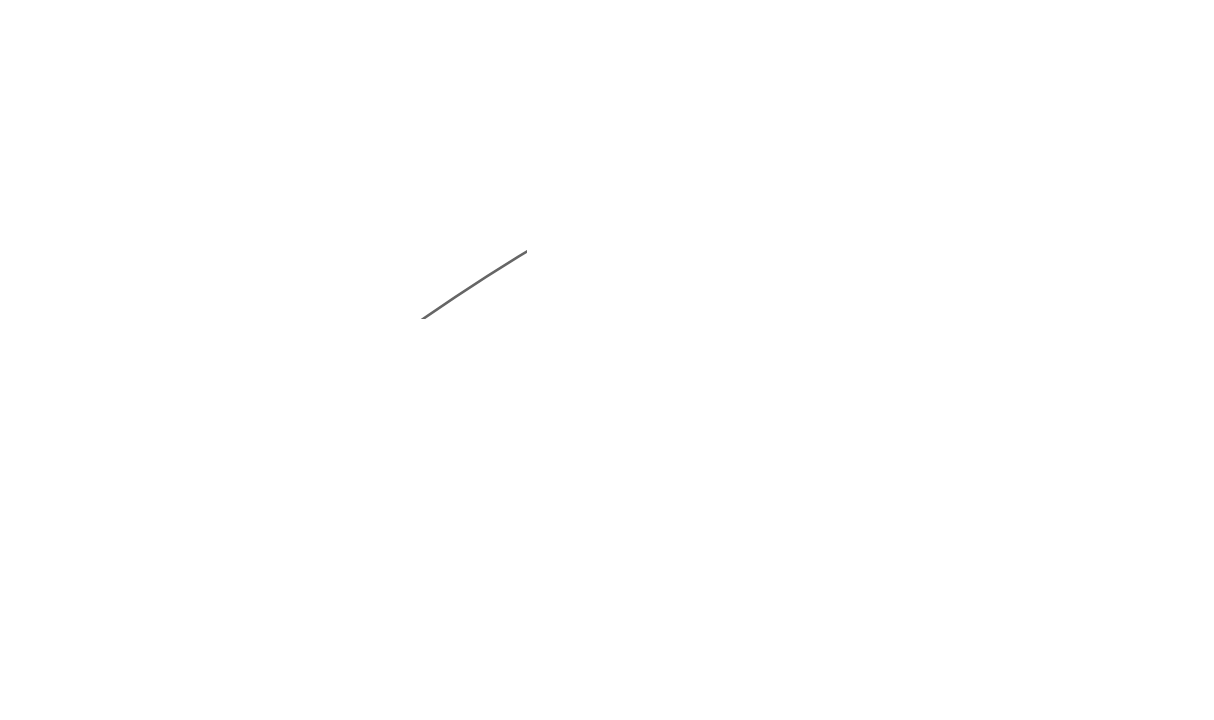
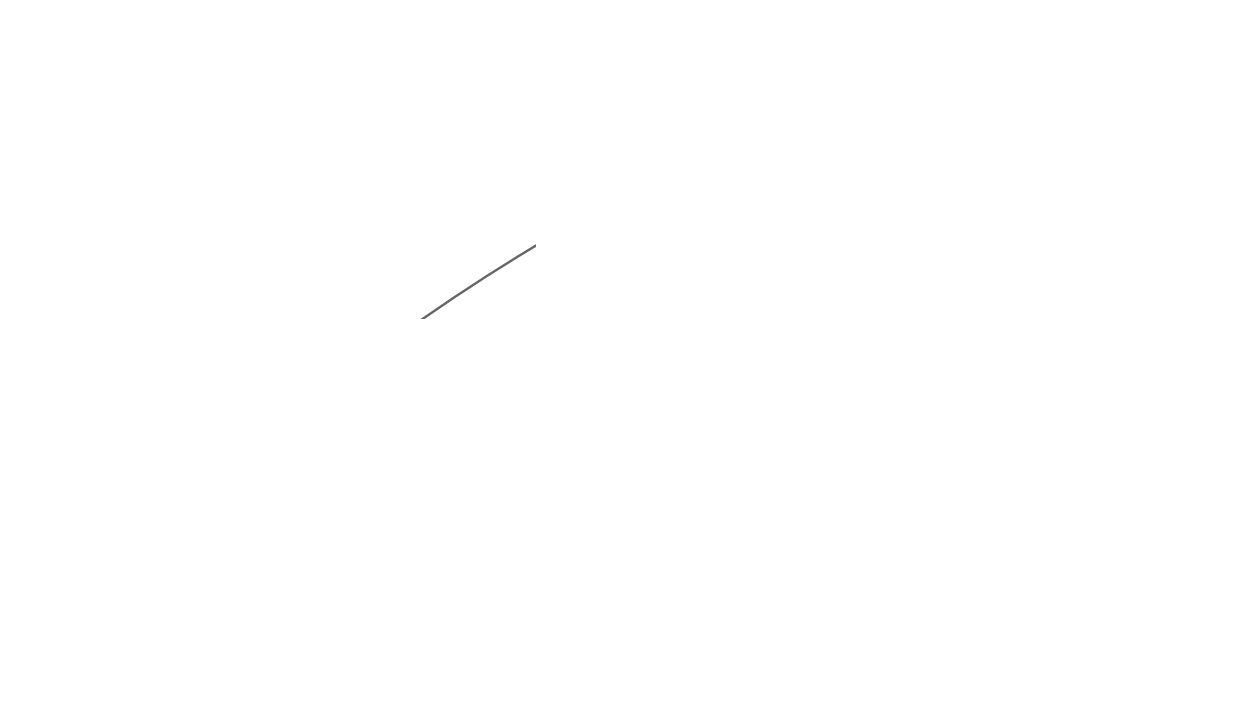
Before and after one commit to inponomarev/dsl-antora-talk: the first of 4 diagrams in src/main/asciidoc/lecture.adoc, drawn with Graphviz. The commit also changed other lines of this file and 3 other files, not shown here.

```diff
--- a/src/main/asciidoc/lecture.adoc
+++ b/src/main/asciidoc/lecture.adoc
@@ -106,27 +106,27 @@
 [graphviz, "dsl.png"]
 -----
 
 digraph UpsideDownTree {
   rankdir=LR;
   graph [ dpi = 180 ];
   graph [bgcolor="white", pad=0.25, nodesep=0.35, ranksep=0.6];
   node  [shape=box, style="rounded,filled", fillcolor="white", color="#444444",
          fontname="Helvetica", fontsize=12, margin="0.18,0.10"];
   edge  [color="#666666", arrowsize=0.7];
 
   top [label="DSL\n(OpenAPI components section)"];
 
   kotlin [label="Kotlin DTOs"];
   ts     [label="TypeScript DTOs"];
-  yaml   [label="JsonSchema for YAML config"];
-  proj   [label="JsonSchema for Projectional Editor"];
+  yaml   [label="JSON Schema for YAML config"];
+  proj   [label="JSON Schema for Projectional Editor"];
 
   docs [label="Documentation"];
 
   top -> kotlin;
   top -> ts;
   top -> yaml;
   top -> proj;
   top -> docs;
 }
 -----
```
